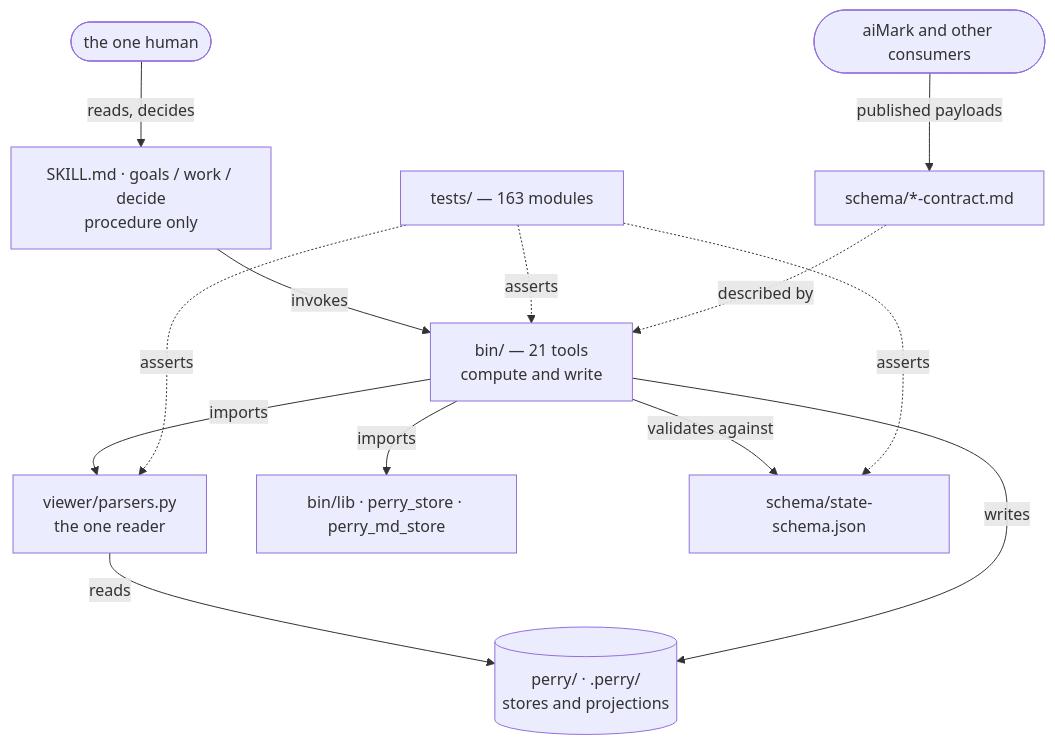
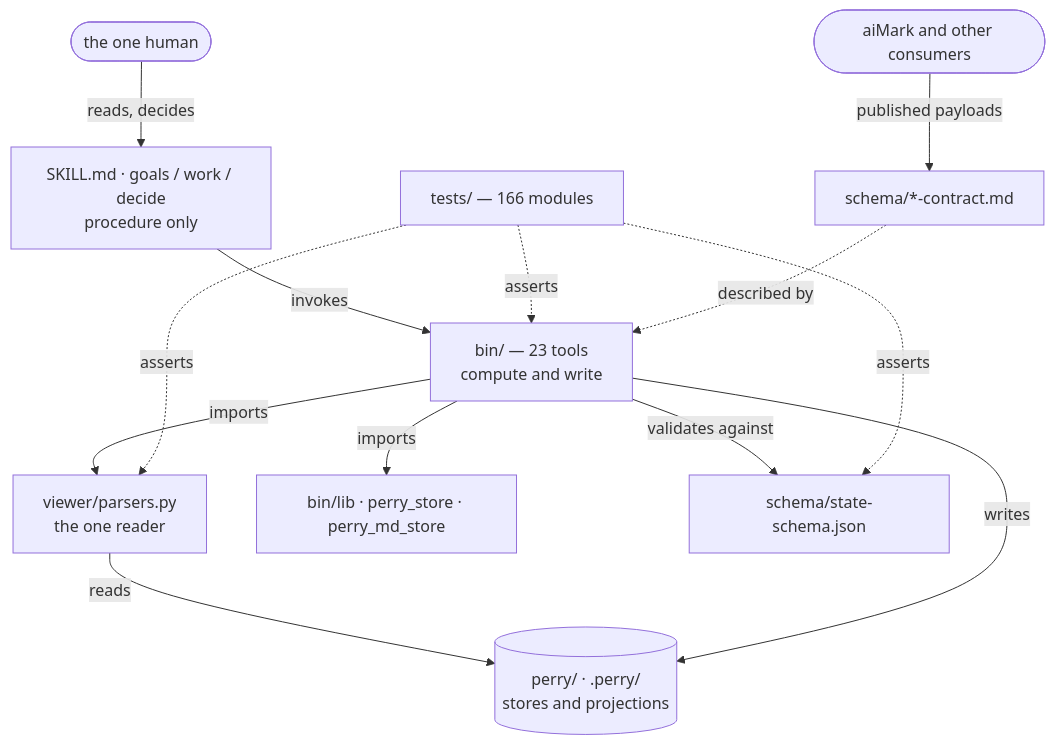
The first of 3 diagrams in ARCHITECTURE.md (ranjiao/Perry), drawn with Mermaid before and after one commit. The commit also changed other lines of this file and 39 other files, not shown here.

````diff
--- a/ARCHITECTURE.md
+++ b/ARCHITECTURE.md
@@ -156,15 +156,15 @@
 ```mermaid
 flowchart TD
     User([the one human]) -->|reads, decides| Lanes
     Lanes["SKILL.md · goals / work / decide<br/>procedure only"] -->|invokes| Bin
-    Bin["bin/ — 21 tools<br/>compute and write"] -->|imports| Parsers["viewer/parsers.py<br/>the one reader"]
+    Bin["bin/ — 23 tools<br/>compute and write"] -->|imports| Parsers["viewer/parsers.py<br/>the one reader"]
     Bin -->|imports| Lib["bin/lib · perry_store · perry_md_store"]
     Bin -->|validates against| Schema["schema/state-schema.json"]
     Parsers -->|reads| State[("perry/ · .perry/<br/>stores and projections")]
     Bin -->|writes| State
-    Tests["tests/ — 163 modules"] -.asserts.-> Bin
+    Tests["tests/ — 166 modules"] -.asserts.-> Bin
     Tests -.asserts.-> Parsers
     Tests -.asserts.-> Schema
     Outside([aiMark and other consumers]) -->|published payloads| Contracts["schema/*-contract.md"]
     Contracts -.described by.-> Bin
 ```
````
